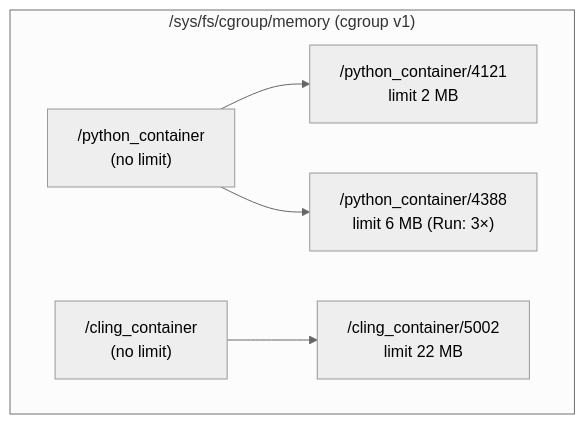
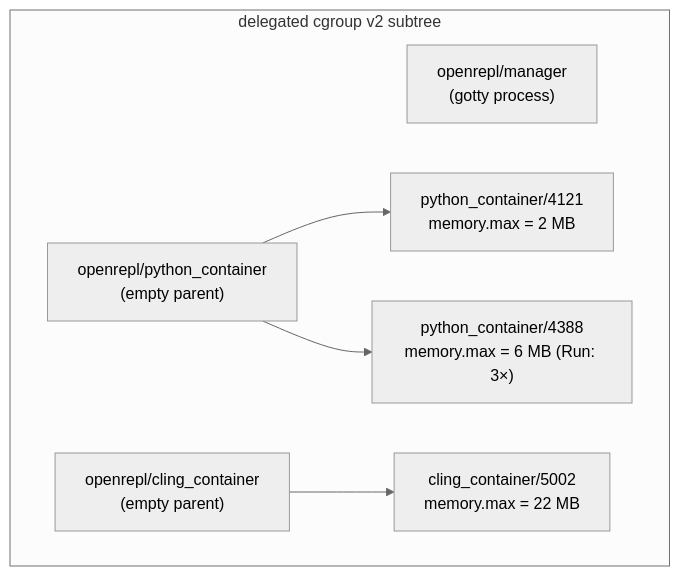
The first of 3 diagrams in docs/lld/03-sandboxing-and-resources.md (vickeykumar/openrepl), drawn with Mermaid (neutral theme) before and after one commit. The commit also changed other lines of this file and 819 other files, not shown here.

````diff
--- a/docs/lld/03-sandboxing-and-resources.md
+++ b/docs/lld/03-sandboxing-and-resources.md
@@ -12,10 +12,11 @@
 ```mermaid
 flowchart TB
-    subgraph cg["/sys/fs/cgroup/memory (cgroup v1)"]
-        P1["/python_container<br/>(no limit)"]
-        P1 --> C11["/python_container/4121<br/>limit 2 MB"]
-        P1 --> C12["/python_container/4388<br/>limit 6 MB (Run: 3×)"]
-        P2["/cling_container<br/>(no limit)"]
-        P2 --> C21["/cling_container/5002<br/>limit 22 MB"]
+    subgraph cg["delegated cgroup v2 subtree"]
+        M["openrepl/manager<br/>(gotty process)"]
+        P1["openrepl/python_container<br/>(empty parent)"]
+        P1 --> C11["python_container/4121<br/>memory.max = 2 MB"]
+        P1 --> C12["python_container/4388<br/>memory.max = 6 MB (Run: 3×)"]
+        P2["openrepl/cling_container<br/>(empty parent)"]
+        P2 --> C21["cling_container/5002<br/>memory.max = 22 MB"]
     end
 ```
````
